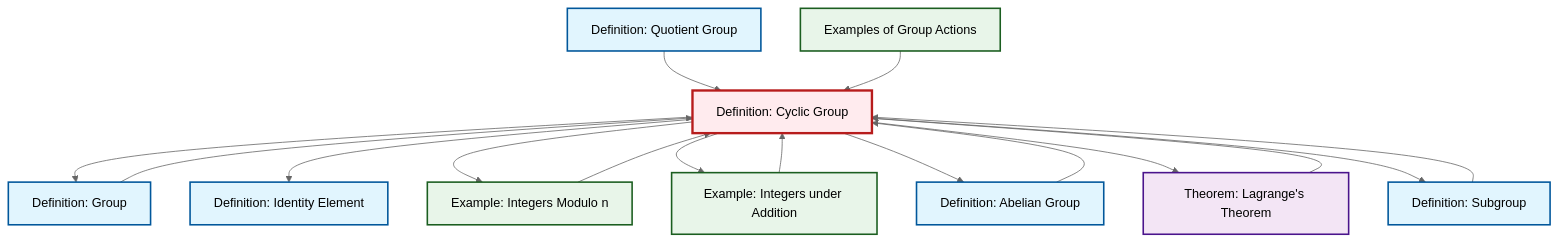
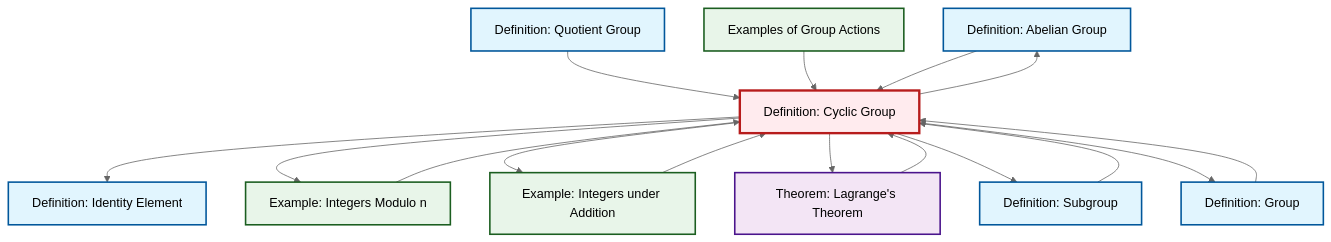
Before and after one commit to RK0429/ModernMath: the diagram in content/en/algebra/def-cyclic-group.qmd, drawn with Mermaid (neutral theme). The commit also changed other lines of this file and 491 other files, not shown here.

````diff
--- a/content/en/algebra/def-cyclic-group.qmd
+++ b/content/en/algebra/def-cyclic-group.qmd
@@ -88,44 +88,44 @@
 ```{mermaid}
 %%| fig-cap: "Local dependency graph"
 graph TD
     classDef definition fill:#e1f5fe,stroke:#01579b,stroke-width:2px
     classDef theorem fill:#f3e5f5,stroke:#4a148c,stroke-width:2px
     classDef axiom fill:#fff3e0,stroke:#e65100,stroke-width:2px
     classDef example fill:#e8f5e9,stroke:#1b5e20,stroke-width:2px
     classDef current fill:#ffebee,stroke:#b71c1c,stroke-width:3px
+    def-abelian-group["Definition: Abelian Group"]:::definition
+    def-cyclic-group["Definition: Cyclic Group"]:::definition
     ex-group-action-examples["Examples of Group Actions"]:::example
+    def-subgroup["Definition: Subgroup"]:::definition
+    def-group["Definition: Group"]:::definition
     ex-integers-addition["Example: Integers under Addition"]:::example
-    def-group["Definition: Group"]:::definition
-    def-subgroup["Definition: Subgroup"]:::definition
-    def-cyclic-group["Definition: Cyclic Group"]:::definition
+    thm-lagrange["Theorem: Lagrange's Theorem"]:::theorem
+    def-quotient-group["Definition: Quotient Group"]:::definition
     def-identity-element["Definition: Identity Element"]:::definition
-    thm-lagrange["Theorem: Lagrange's Theorem"]:::theorem
-    def-abelian-group["Definition: Abelian Group"]:::definition
     ex-quotient-integers-mod-n["Example: Integers Modulo n"]:::example
-    def-quotient-group["Definition: Quotient Group"]:::definition
-    def-cyclic-group --> def-group
+    ex-quotient-integers-mod-n --> def-cyclic-group
+    thm-lagrange --> def-cyclic-group
+    def-quotient-group --> def-cyclic-group
     def-cyclic-group --> def-identity-element
-    def-cyclic-group --> ex-quotient-integers-mod-n
-    def-quotient-group --> def-cyclic-group
-    def-cyclic-group --> ex-integers-addition
-    def-cyclic-group --> def-abelian-group
-    def-cyclic-group --> thm-lagrange
     ex-group-action-examples --> def-cyclic-group
     ex-integers-addition --> def-cyclic-group
-    thm-lagrange --> def-cyclic-group
+    def-subgroup --> def-cyclic-group
+    def-cyclic-group --> ex-quotient-integers-mod-n
     def-group --> def-cyclic-group
-    ex-quotient-integers-mod-n --> def-cyclic-group
-    def-subgroup --> def-cyclic-group
+    def-cyclic-group --> ex-integers-addition
+    def-cyclic-group --> thm-lagrange
+    def-cyclic-group --> def-subgroup
+    def-cyclic-group --> def-group
     def-abelian-group --> def-cyclic-group
-    def-cyclic-group --> def-subgroup
+    def-cyclic-group --> def-abelian-group
     class def-cyclic-group current
+    click def-abelian-group "def-abelian-group.html" "Go to Abelian Group definition"
     click ex-group-action-examples "ex-group-action-examples.html" "Go to Examples of Group Actions"
+    click def-subgroup "def-subgroup.html" "Go to Subgroup definition"
+    click def-group "def-group.html" "Go to Group definition"
     click ex-integers-addition "ex-integers-addition.html" "Go to Integers under Addition example"
-    click def-group "def-group.html" "Go to Group definition"
-    click def-subgroup "def-subgroup.html" "Go to Subgroup definition"
+    click thm-lagrange "thm-lagrange.html" "Go to Lagrange's Theorem theorem"
+    click def-quotient-group "def-quotient-group.html" "Go to Quotient Group definition"
     click def-identity-element "def-identity-element.html" "Go to Identity Element definition"
-    click thm-lagrange "thm-lagrange.html" "Go to Lagrange's Theorem theorem"
-    click def-abelian-group "def-abelian-group.html" "Go to Abelian Group definition"
     click ex-quotient-integers-mod-n "ex-quotient-integers-mod-n.html" "Go to Integers Modulo n example"
-    click def-quotient-group "def-quotient-group.html" "Go to Quotient Group definition"
 ```
````
